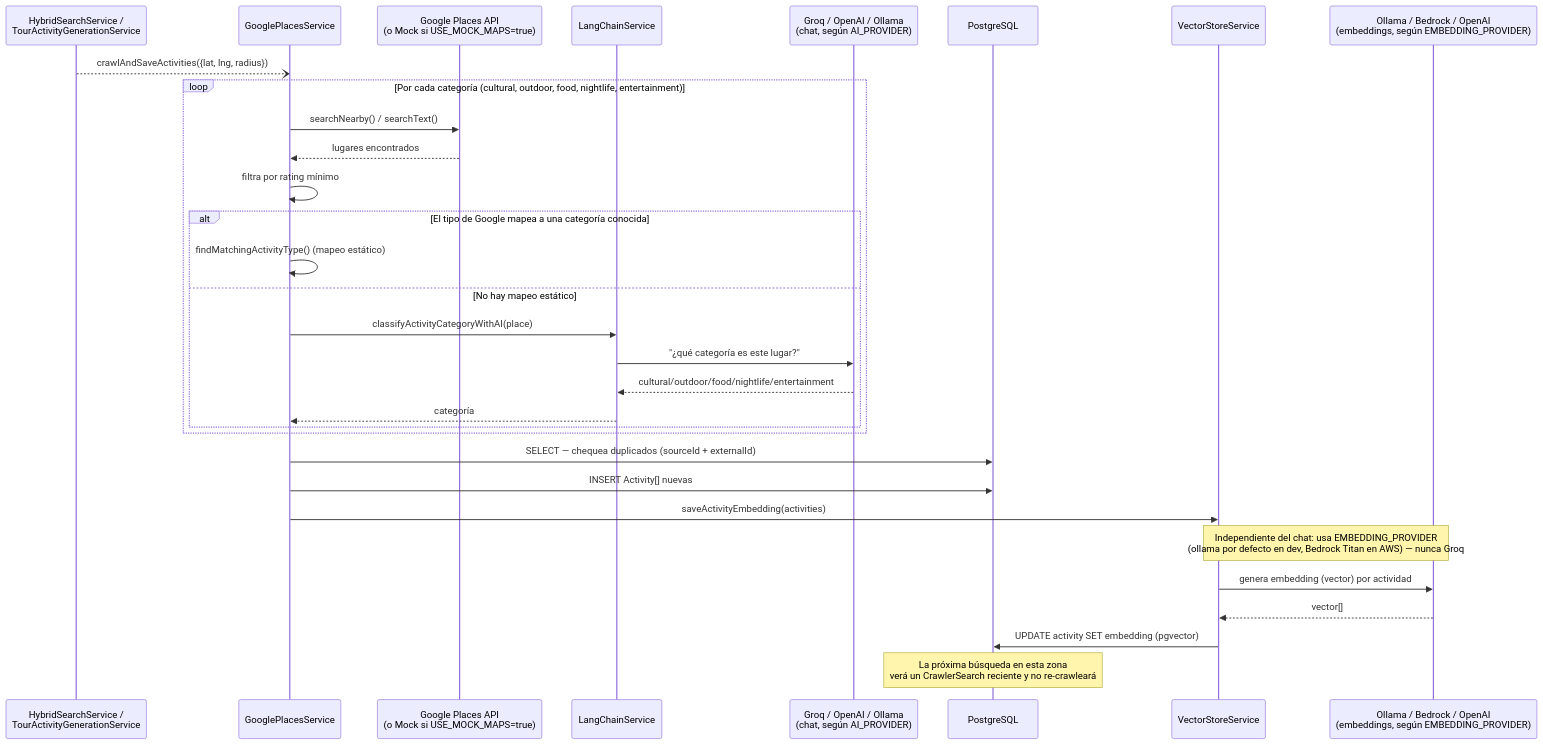
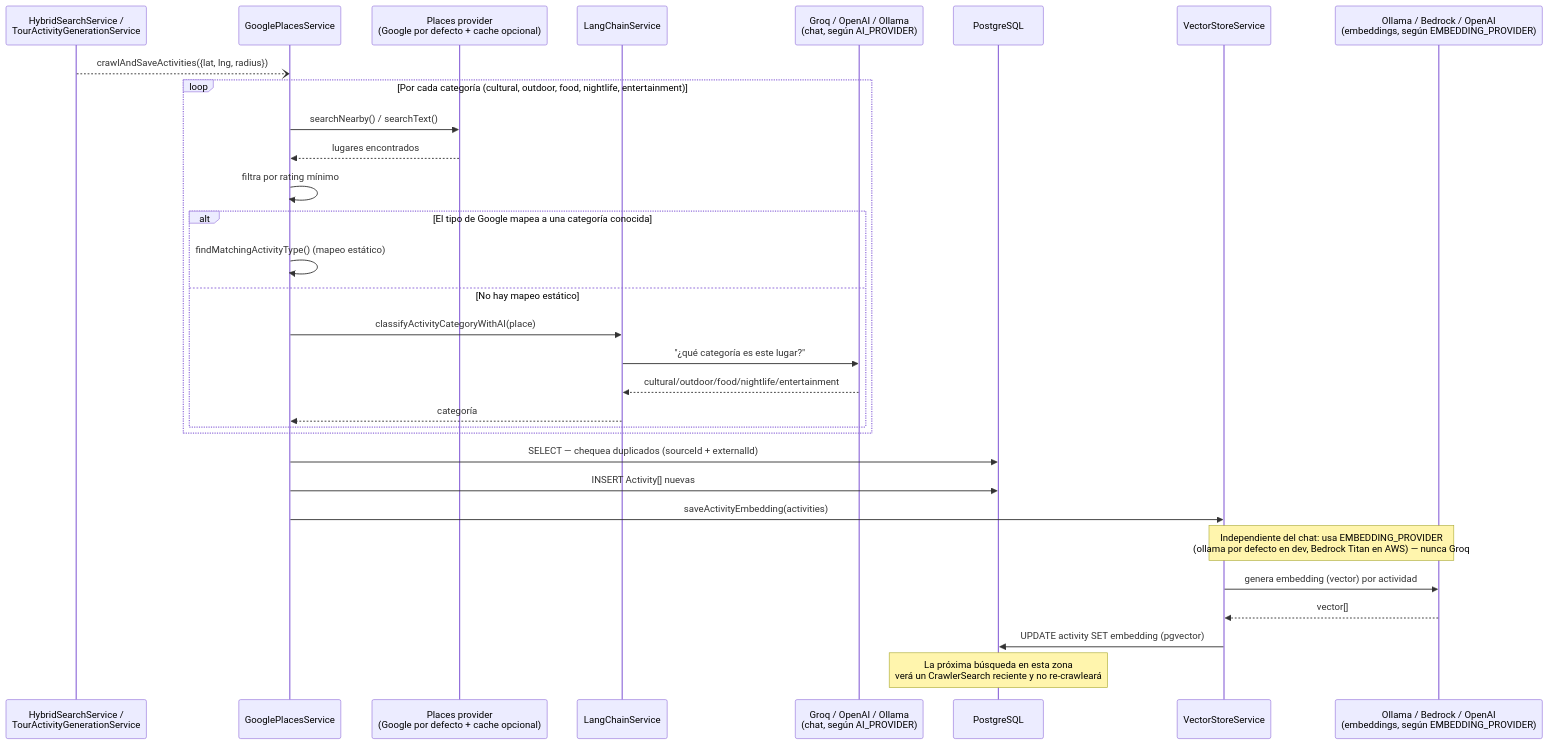
The fourth of 5 diagrams in README.md (entity-builders-labs/zig-zag), drawn with Mermaid before and after one commit. The commit also changed other lines of this file and 27 other files, not shown here.

Commit message:
fix: isolate places provider cache and trace

````diff
--- a/README.md
+++ b/README.md
@@ -171,34 +171,34 @@
 ```mermaid
 sequenceDiagram
     participant Caller as HybridSearchService /<br/>TourActivityGenerationService
     participant GP as GooglePlacesService
-    participant GMaps as Google Places API<br/>(o Mock si USE_MOCK_MAPS=true)
+    participant GMaps as Places provider<br/>(Google por defecto + cache opcional)
     participant AI as LangChainService
     participant ChatLLM as Groq / OpenAI / Ollama<br/>(chat, según AI_PROVIDER)
     participant DB as PostgreSQL
     participant Vec as VectorStoreService
     participant EmbedLLM as Ollama / Bedrock / OpenAI<br/>(embeddings, según EMBEDDING_PROVIDER)
 
     Caller--)GP: crawlAndSaveActivities({lat, lng, radius})
     loop Por cada categoría (cultural, outdoor, food, nightlife, entertainment)
         GP->>GMaps: searchNearby() / searchText()
         GMaps-->>GP: lugares encontrados
         GP->>GP: filtra por rating mínimo
         alt El tipo de Google mapea a una categoría conocida
             GP->>GP: findMatchingActivityType() (mapeo estático)
         else No hay mapeo estático
             GP->>AI: classifyActivityCategoryWithAI(place)
             AI->>ChatLLM: "¿qué categoría es este lugar?"
             ChatLLM-->>AI: cultural/outdoor/food/nightlife/entertainment
             AI-->>GP: categoría
         end
     end
     GP->>DB: SELECT — chequea duplicados (sourceId + externalId)
     GP->>DB: INSERT Activity[] nuevas
     GP->>Vec: saveActivityEmbedding(activities)
     Note over Vec,EmbedLLM: Independiente del chat: usa EMBEDDING_PROVIDER<br/>(ollama por defecto en dev, Bedrock Titan en AWS) — nunca Groq
     Vec->>EmbedLLM: genera embedding (vector) por actividad
     EmbedLLM-->>Vec: vector[]
     Vec->>DB: UPDATE activity SET embedding (pgvector)
     Note over DB: La próxima búsqueda en esta zona<br/>verá un CrawlerSearch reciente y no re-crawleará
 ```
````
